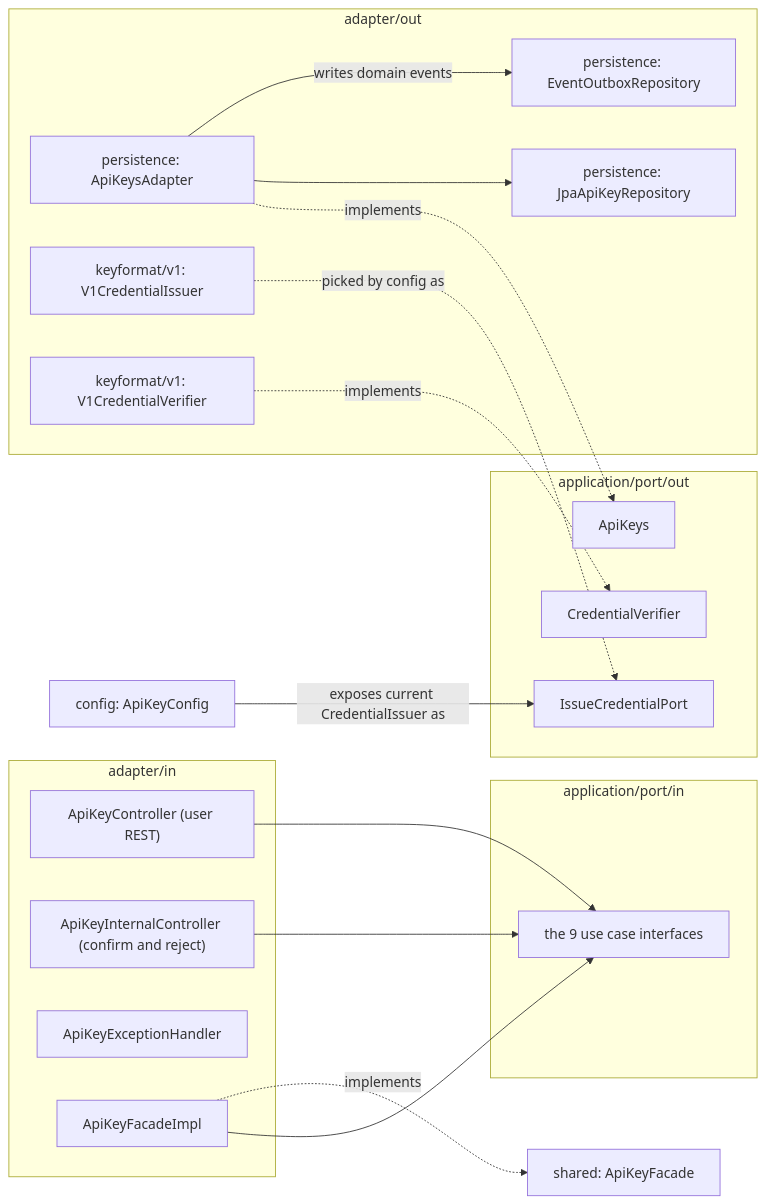
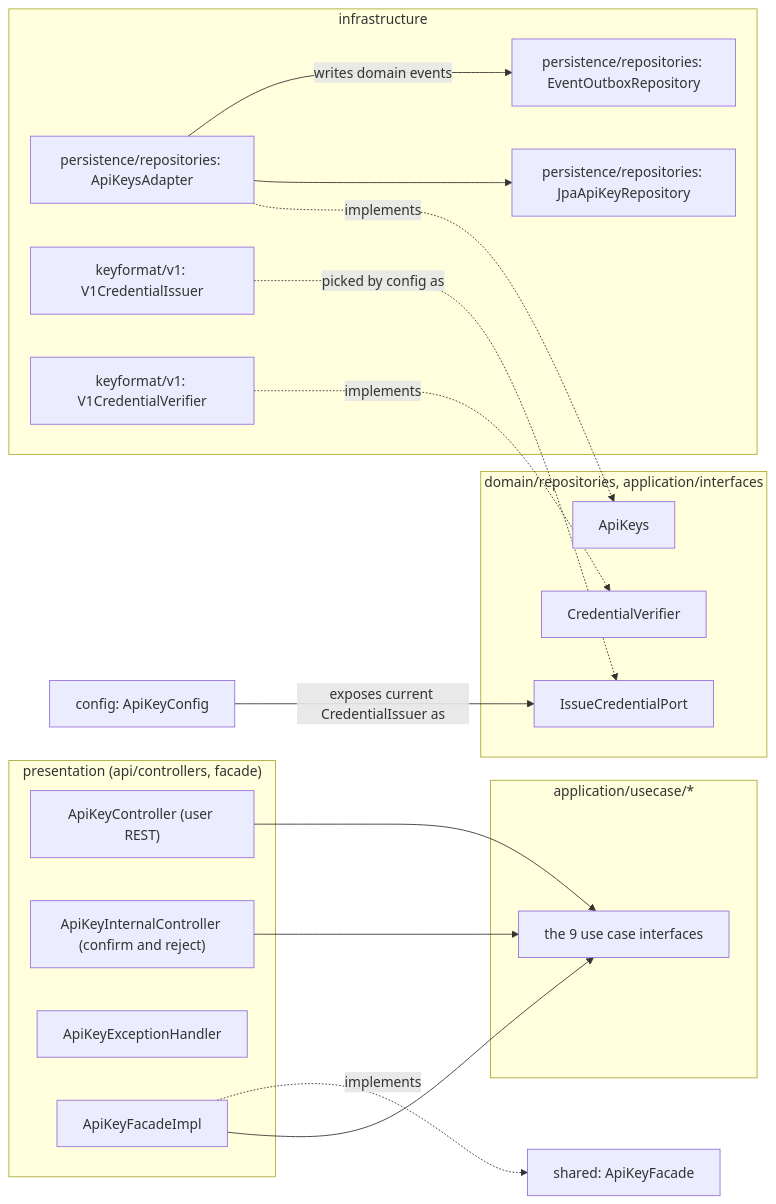
Before and after one commit to Dhiren9939/HQ-Tier0: the fifth of 7 diagrams in docs/access-class-structure.md, drawn with Mermaid. The commit also changed other lines of this file and 2 other files, not shown here.

````diff
--- a/docs/access-class-structure.md
+++ b/docs/access-class-structure.md
@@ -361,37 +384,37 @@
 ```mermaid
 flowchart LR
-    subgraph adapterin["adapter/in"]
+    subgraph adapterin["presentation (api/controllers, facade)"]
         Ctl["ApiKeyController (user REST)"]
         ICtl["ApiKeyInternalController (confirm and reject)"]
         Adv["ApiKeyExceptionHandler"]
         FacadeImpl["ApiKeyFacadeImpl"]
     end
-    subgraph portin["application/port/in"]
+    subgraph portin["application/usecase/*"]
         UCs["the 9 use case interfaces"]
     end
-    subgraph portout["application/port/out"]
+    subgraph portout["domain/repositories, application/interfaces"]
         ApiKeysP["ApiKeys"]
         IssueCredP["IssueCredentialPort"]
         VerifierP["CredentialVerifier"]
     end
-    subgraph adapterout["adapter/out"]
-        ApiKeysAdapter["persistence: ApiKeysAdapter"]
-        JpaRepo["persistence: JpaApiKeyRepository"]
-        OutboxRepo["persistence: EventOutboxRepository"]
+    subgraph adapterout["infrastructure"]
+        ApiKeysAdapter["persistence/repositories: ApiKeysAdapter"]
+        JpaRepo["persistence/repositories: JpaApiKeyRepository"]
+        OutboxRepo["persistence/repositories: EventOutboxRepository"]
         Issuer["keyformat/v1: V1CredentialIssuer"]
         V1Verifier["keyformat/v1: V1CredentialVerifier"]
     end
     Facade["shared: ApiKeyFacade"]
     Cfg["config: ApiKeyConfig"]
 
     Ctl --> UCs
     ICtl --> UCs
     FacadeImpl --> UCs
     FacadeImpl -.->|implements| Facade
     ApiKeysAdapter -.->|implements| ApiKeysP
     Issuer -.->|picked by config as| IssueCredP
     V1Verifier -.->|implements| VerifierP
     ApiKeysAdapter --> JpaRepo
     ApiKeysAdapter -->|writes domain events| OutboxRepo
     Cfg -->|exposes current CredentialIssuer as| IssueCredP
 ```
````
